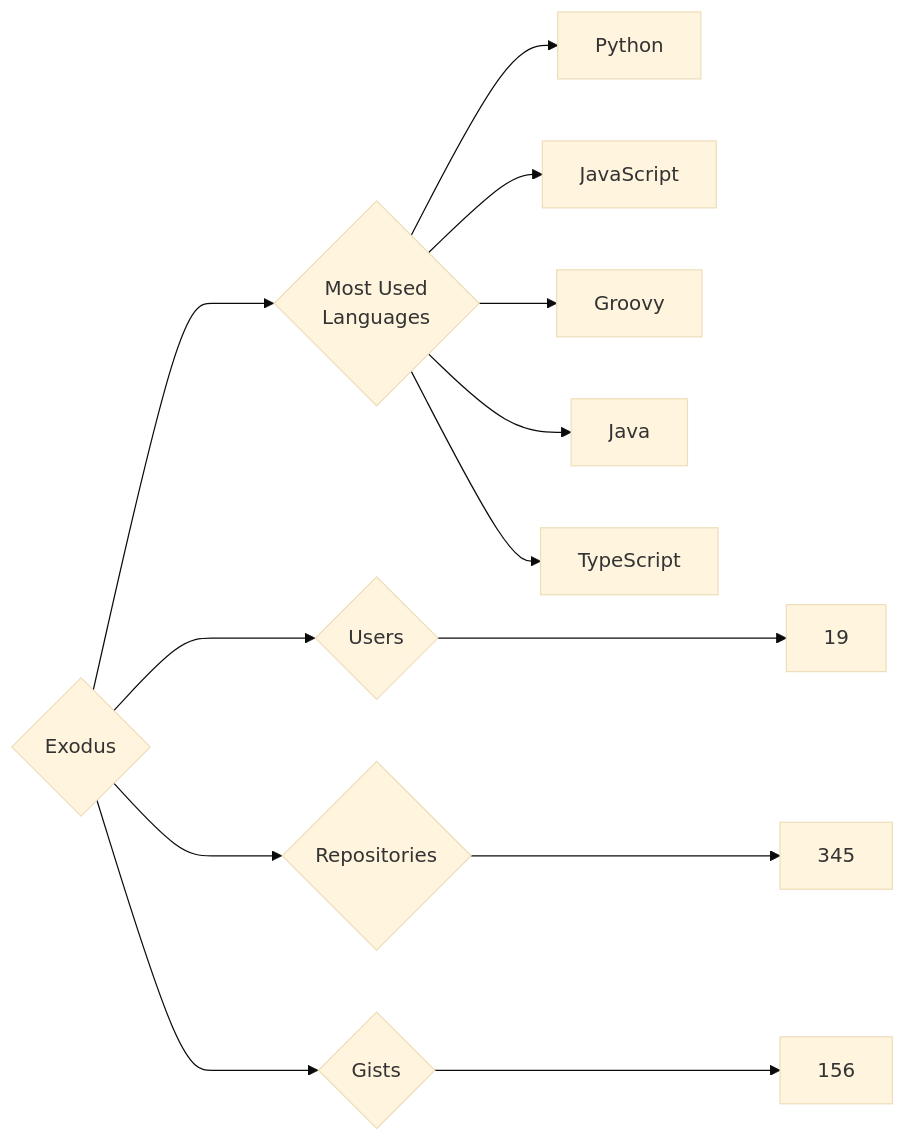
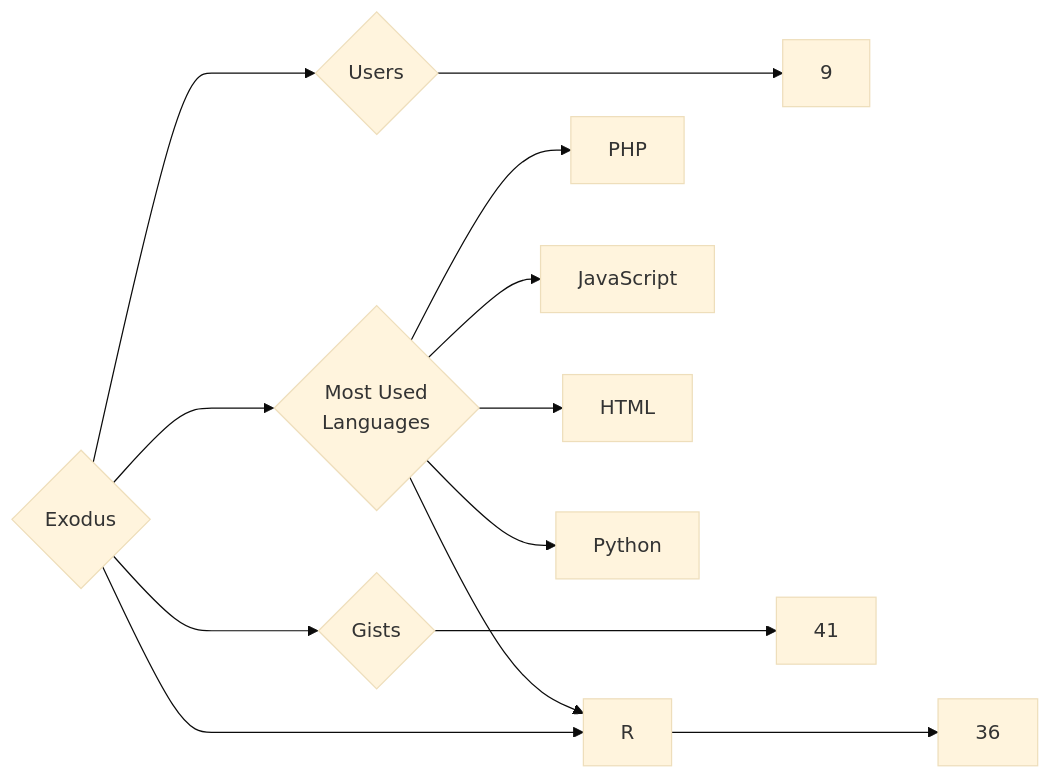
Before and after one commit to trickest/insiders: the diagram in targets/Exodus/README.md, drawn with Mermaid (base theme). The commit also changed 614 other files, not shown here.

````diff
--- a/targets/Exodus/README.md
+++ b/targets/Exodus/README.md
@@ -3,13 +3,13 @@
 ```mermaid
 graph LR
 COMPANY_NAME{Exodus}
-COMPANY_NAME ---> U{Users} ---> UN[19]
-COMPANY_NAME ---> R{Repositories} ---> RN[345]
-COMPANY_NAME ---> G{Gists} ---> GN[156]
+COMPANY_NAME ---> U{Users} ---> UN[9]
+COMPANY_NAME ---> R{Repositories} ---> RN[36]
+COMPANY_NAME ---> G{Gists} ---> GN[41]
 COMPANY_NAME ---> ML{Most Used<br>Languages}
+ML --> PHP[PHP]
+ML --> JavaScript[JavaScript]
+ML --> R[R]
+ML --> HTML[HTML]
 ML --> Python[Python]
-ML --> JavaScript[JavaScript]
-ML --> Groovy[Groovy]
-ML --> Java[Java]
-ML --> TypeScript[TypeScript]
 ```
````
